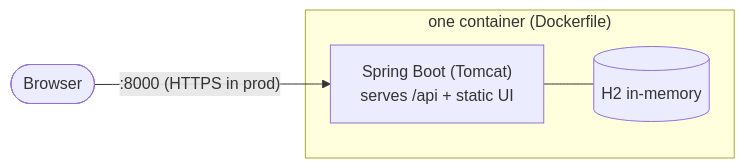
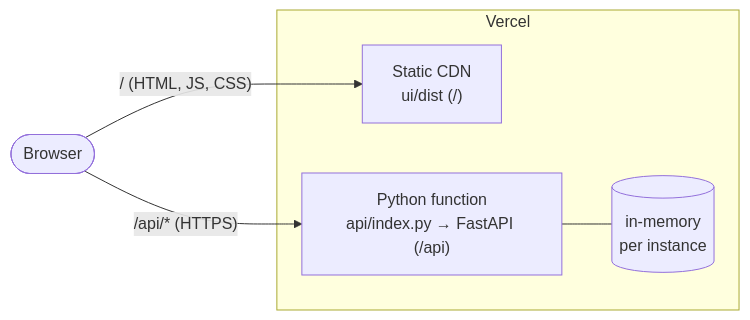
One commit to rishabh750/quiz changed the second of 5 diagrams in docs/ARCHITECTURE.md. Above: the diagram before and after it, drawn with Mermaid. The commit also changed other lines of this file and 64 other files, not shown here.

````diff
--- a/docs/ARCHITECTURE.md
+++ b/docs/ARCHITECTURE.md
@@ -47,10 +47,12 @@
 ```mermaid
 graph LR
   User(["Browser"])
-  subgraph C["one container (Dockerfile)"]
-    S["Spring Boot (Tomcat)<br/>serves /api + static UI"]
-    DB[("H2 in-memory")]
-    S --- DB
+  subgraph Vercel
+    CDN["Static CDN<br/>ui/dist (/)"]
+    FN["Python function<br/>api/index.py → FastAPI (/api)"]
+    MEM[("in-memory<br/>per instance")]
+    FN --- MEM
   end
-  User -->|":8000 (HTTPS in prod)"| S
+  User -->|"/ (HTML, JS, CSS)"| CDN
+  User -->|"/api/* (HTTPS)"| FN
 ```
````
